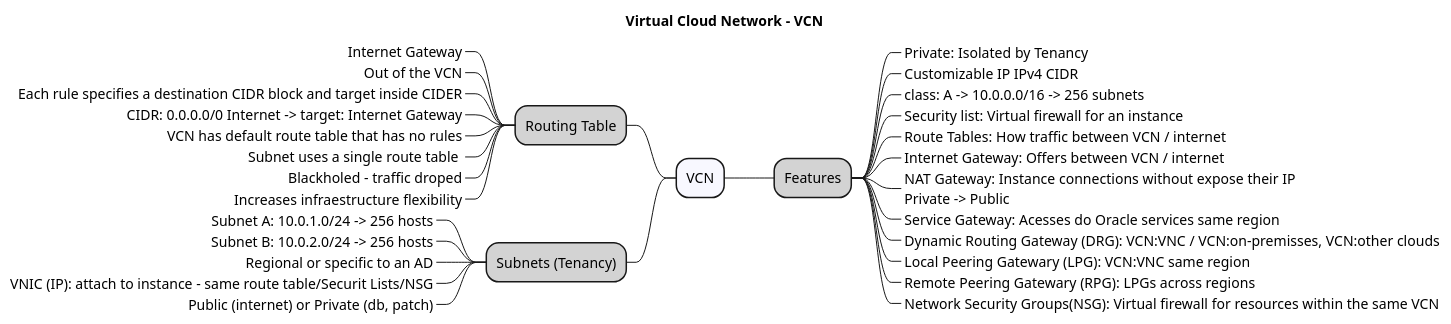
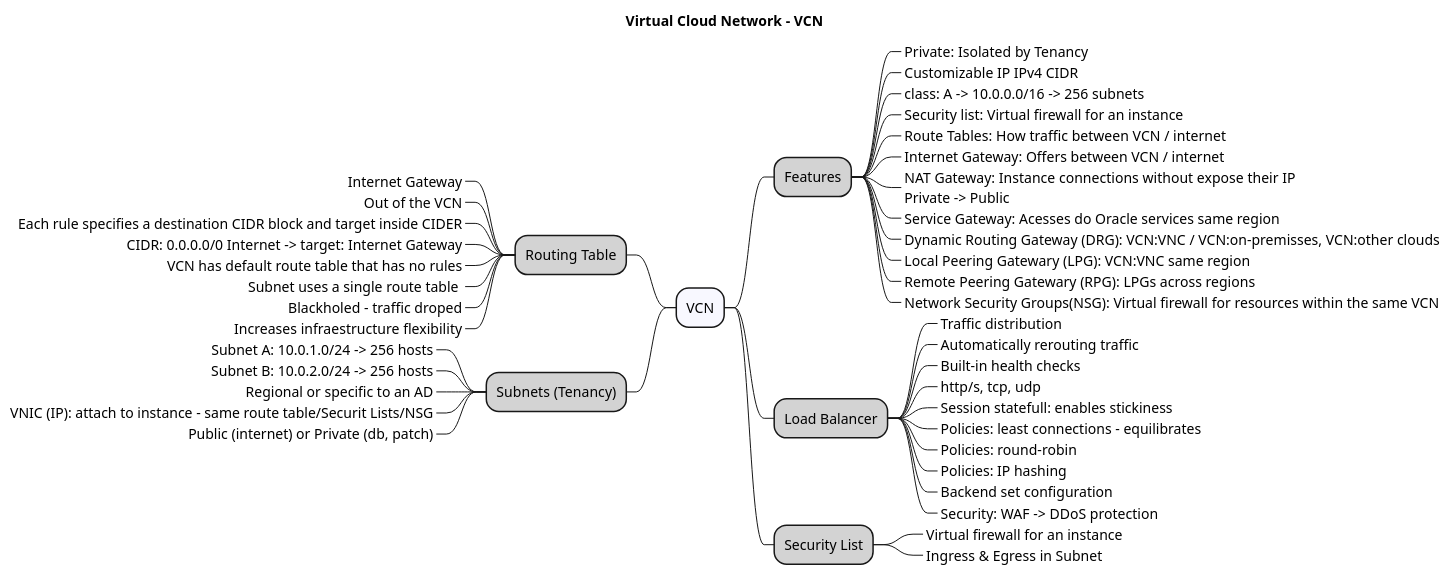
One commit to acnaweb/oci changed the diagram in docs/src/vcn.wsd. Above: the diagram before and after it, drawn with PlantUML. The commit also changed 2 other files, not shown here.

```diff
--- a/docs/src/vcn.wsd
+++ b/docs/src/vcn.wsd
@@ -1,41 +1,58 @@
 @startmindmap
 
 Title "Virtual Cloud Network - VCN"
 
 *[#F8F8FF]  VCN
 
 **[#LightGray] Features
 
 ***_ Private: Isolated by Tenancy
 ***_ Customizable IP IPv4 CIDR
 ***_ class: A -> 10.0.0.0/16 -> 256 subnets
 ***_ Security list: Virtual firewall for an instance
 ***_ Route Tables: How traffic between VCN / internet
 ***_ Internet Gateway: Offers between VCN / internet
 ***_ NAT Gateway: Instance connections without expose their IP\nPrivate -> Public
 ***_ Service Gateway: Acesses do Oracle services same region
 ***_ Dynamic Routing Gateway (DRG): VCN:VNC / VCN:on-premisses, VCN:other clouds
 ***_ Local Peering Gatewary (LPG): VCN:VNC same region
 ***_ Remote Peering Gatewary (RPG): LPGs across regions
 ***_ Network Security Groups(NSG): Virtual firewall for resources within the same VCN
 
+**[#LightGray] Load Balancer
+***_ Traffic distribution
+***_ Automatically rerouting traffic 
+***_ Built-in health checks
+***_ http/s, tcp, udp
+***_ Session statefull: enables stickiness
+***_ Policies: least connections - equilibrates
+***_ Policies: round-robin
+***_ Policies: IP hashing
+***_ Backend set configuration
+***_ Security: WAF -> DDoS protection
+
+
+**[#LightGray] Security List
+***_ Virtual firewall for an instance
+***_ Ingress & Egress in Subnet
+
 left side
 
 **[#LightGray] Routing Table
 ***_ Internet Gateway
 ***_ Out of the VCN
 ***_ Each rule specifies a destination CIDR block and target inside CIDER
 ***_ CIDR: 0.0.0.0/0 Internet -> target: Internet Gateway
 ***_ VCN has default route table that has no rules
 ***_ Subnet uses a single route table 
 ***_ Blackholed - traffic droped
 ***_ Increases infraestructure flexibility
 
 **[#LightGray] Subnets (Tenancy)
 ***_ Subnet A: 10.0.1.0/24 -> 256 hosts
 ***_ Subnet B: 10.0.2.0/24 -> 256 hosts
 ***_ Regional or specific to an AD
 ***_ VNIC (IP): attach to instance - same route table/Securit Lists/NSG
 ***_ Public (internet) or Private (db, patch)
 
 @endmindmap
```
